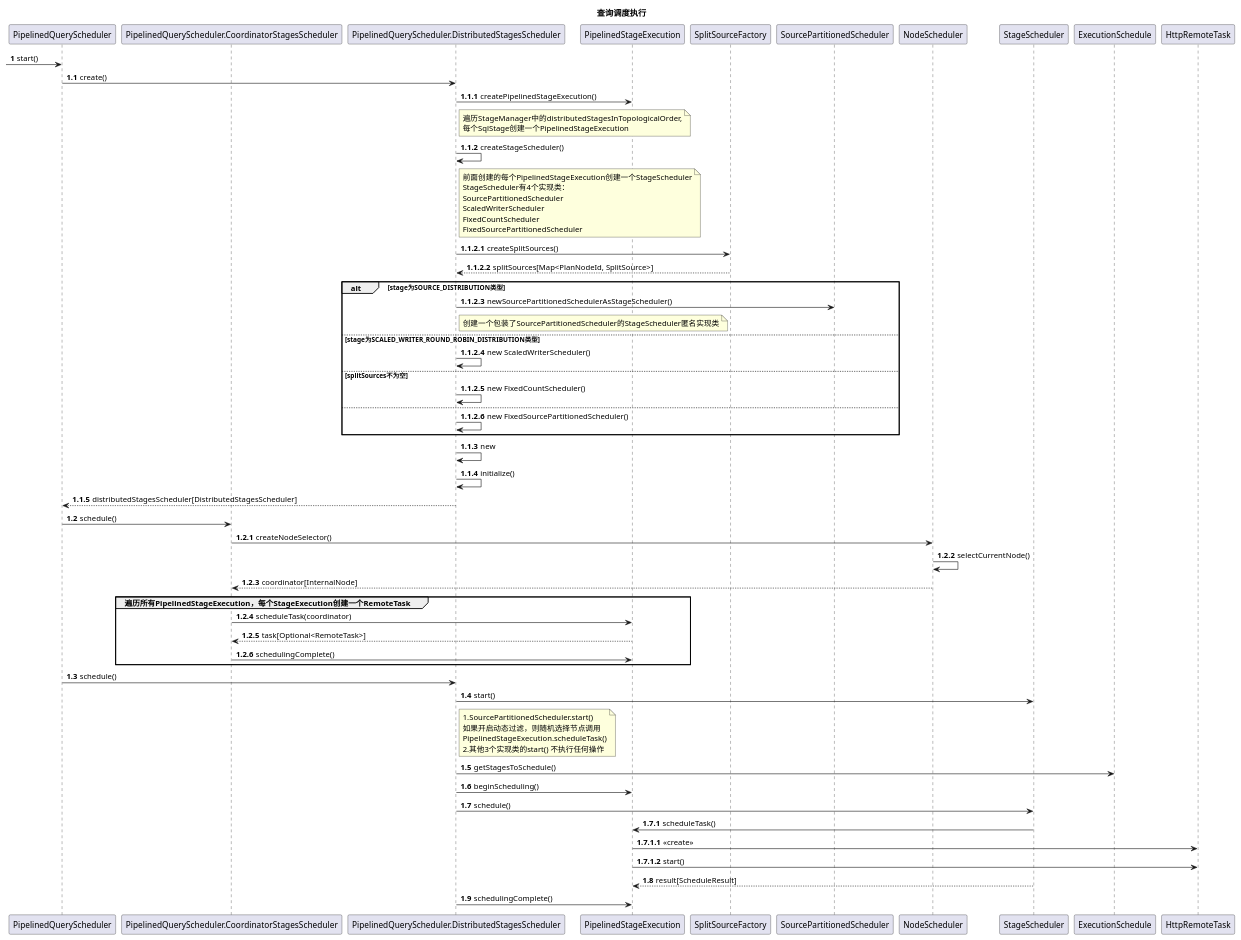
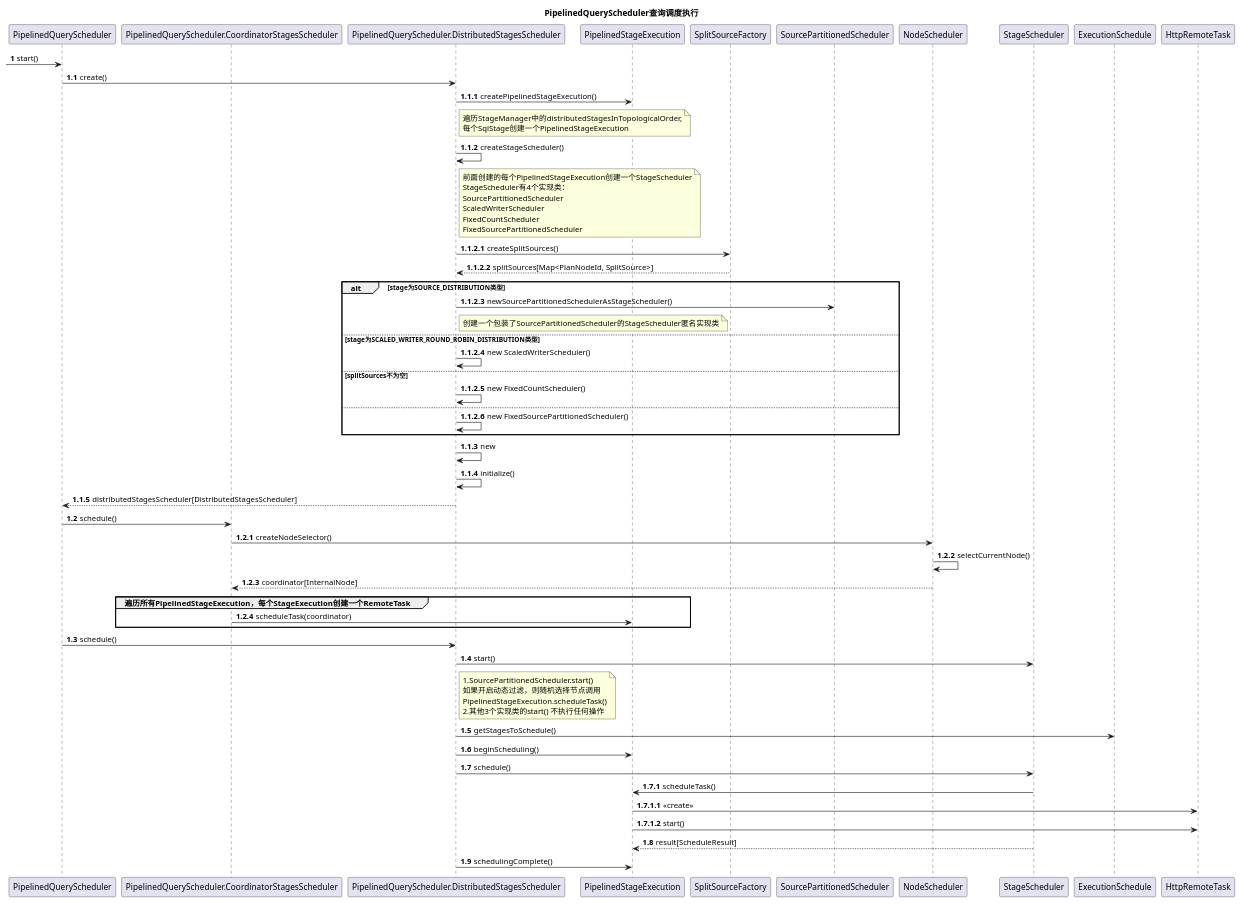
One commit to pyh8023/study changed the second of 3 diagrams in trino/uml/PipelinedQueryScheduler405.puml. Above: the diagram before and after it, drawn with PlantUML. The commit also changed other lines of this file and 5 other files, not shown here.

```diff
--- a/trino/uml/PipelinedQueryScheduler405.puml
+++ b/trino/uml/PipelinedQueryScheduler405.puml
@@ -52,77 +55,75 @@
 @startuml
-title 查询调度执行
+title PipelinedQueryScheduler查询调度执行
 autonumber
  -> PipelinedQueryScheduler : start()
 autonumber 1.1
 participant PipelinedQueryScheduler.CoordinatorStagesScheduler as CoordinatorStagesScheduler
 participant PipelinedQueryScheduler.DistributedStagesScheduler as DistributedStagesScheduler
 PipelinedQueryScheduler -> DistributedStagesScheduler : create()
 autonumber 1.1.1
 DistributedStagesScheduler -> PipelinedStageExecution : createPipelinedStageExecution()
 note right of DistributedStagesScheduler
     遍历StageManager中的distributedStagesInTopologicalOrder,
     每个SqlStage创建一个PipelinedStageExecution
 end note
 DistributedStagesScheduler -> DistributedStagesScheduler : createStageScheduler()
 note right of DistributedStagesScheduler
     前面创建的每个PipelinedStageExecution创建一个StageScheduler
     StageScheduler有4个实现类：
     SourcePartitionedScheduler
     ScaledWriterScheduler
     FixedCountScheduler
     FixedSourcePartitionedScheduler
 end note
 autonumber 1.1.2.1
 DistributedStagesScheduler -> SplitSourceFactory : createSplitSources()
 return splitSources[Map<PlanNodeId, SplitSource>]
 alt stage为SOURCE_DISTRIBUTION类型
     DistributedStagesScheduler -> SourcePartitionedScheduler : newSourcePartitionedSchedulerAsStageScheduler()
     note right of DistributedStagesScheduler
         创建一个包装了SourcePartitionedScheduler的StageScheduler匿名实现类
     end note
 else stage为SCALED_WRITER_ROUND_ROBIN_DISTRIBUTION类型
     DistributedStagesScheduler -> DistributedStagesScheduler : new ScaledWriterScheduler()
 else splitSources不为空
     DistributedStagesScheduler -> DistributedStagesScheduler : new FixedCountScheduler()
 else
     DistributedStagesScheduler -> DistributedStagesScheduler :  new FixedSourcePartitionedScheduler()
 end
 
 autonumber 1.1.3
 DistributedStagesScheduler -> DistributedStagesScheduler : new
 DistributedStagesScheduler -> DistributedStagesScheduler : initialize()
 PipelinedQueryScheduler <-- DistributedStagesScheduler : distributedStagesScheduler[DistributedStagesScheduler]
 
 autonumber 1.2
 PipelinedQueryScheduler -> CoordinatorStagesScheduler : schedule()
 autonumber 1.2.1
 CoordinatorStagesScheduler -> NodeScheduler : createNodeSelector()
 NodeScheduler -> NodeScheduler : selectCurrentNode()
 NodeScheduler --> CoordinatorStagesScheduler : coordinator[InternalNode]
  group 遍历所有PipelinedStageExecution，每个StageExecution创建一个RemoteTask
      CoordinatorStagesScheduler -> PipelinedStageExecution : scheduleTask(coordinator)
-     CoordinatorStagesScheduler <-- PipelinedStageExecution : task[Optional<RemoteTask>]
-     CoordinatorStagesScheduler -> PipelinedStageExecution : schedulingComplete()
  end
 
 autonumber 1.3
 PipelinedQueryScheduler -> DistributedStagesScheduler : schedule()
 DistributedStagesScheduler -> StageScheduler : start()
 note right of DistributedStagesScheduler
 1.SourcePartitionedScheduler.start()
 如果开启动态过滤，则随机选择节点调用
 PipelinedStageExecution.scheduleTask()
 2.其他3个实现类的start() 不执行任何操作
 end note
 DistributedStagesScheduler -> ExecutionSchedule : getStagesToSchedule()
 DistributedStagesScheduler -> PipelinedStageExecution : beginScheduling()
 DistributedStagesScheduler -> StageScheduler : schedule()
 autonumber 1.7.1
 StageScheduler -> PipelinedStageExecution : scheduleTask()
 autonumber 1.7.1.1
 PipelinedStageExecution -> HttpRemoteTask : <<create>>
 PipelinedStageExecution -> HttpRemoteTask : start()
 autonumber 1.8
 StageScheduler --> PipelinedStageExecution : result[ScheduleResult]
 DistributedStagesScheduler -> PipelinedStageExecution : schedulingComplete()
 @enduml
```
